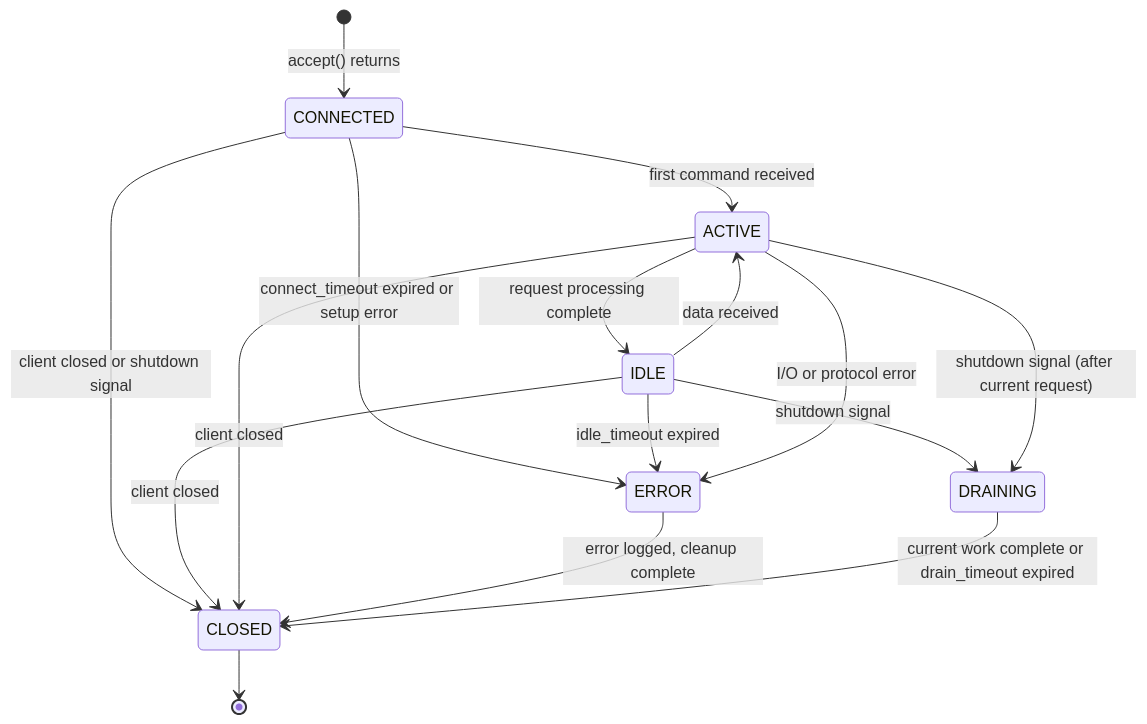
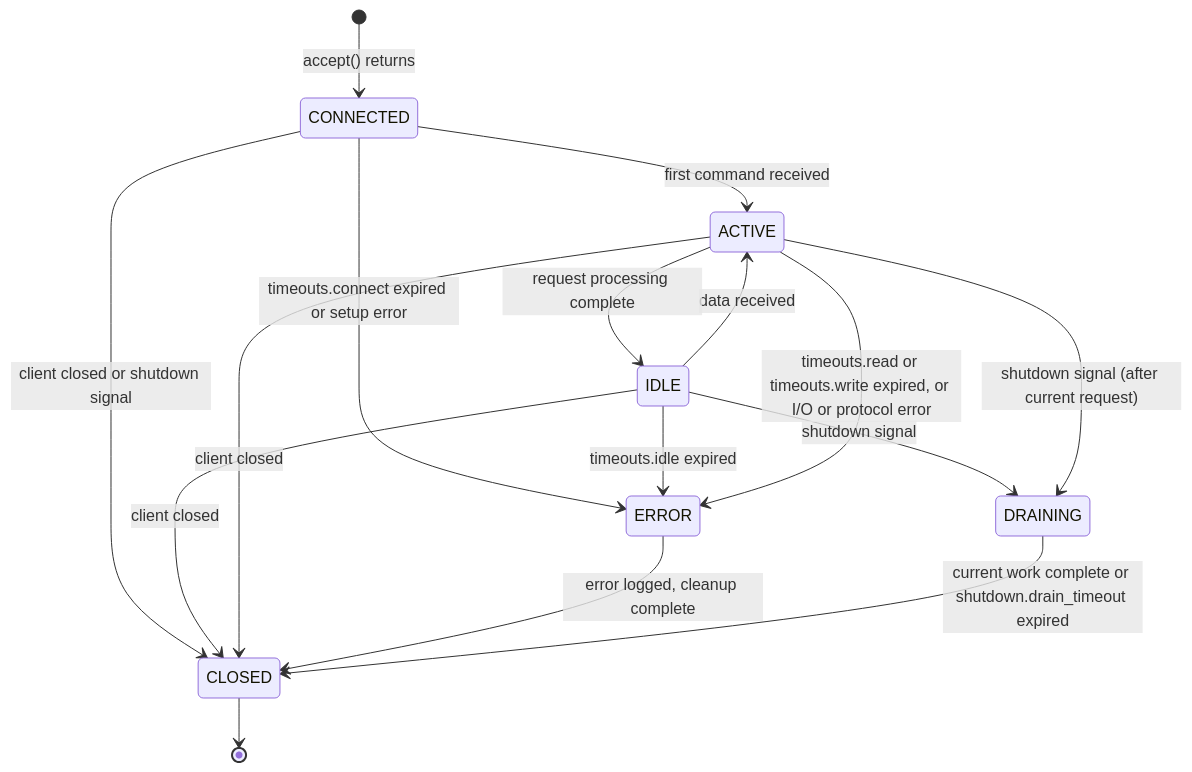
The second of 3 diagrams in docs/reference/tcp-server.md (photom/rust-milter), drawn with Mermaid before and after one commit. The commit also changed other lines of this file and 41 other files, not shown here.

````diff
--- a/docs/reference/tcp-server.md
+++ b/docs/reference/tcp-server.md
@@ -161,18 +161,18 @@
 ```mermaid
 stateDiagram-v2
     [*] --> CONNECTED: accept() returns
     CONNECTED --> ACTIVE: first command received
-    CONNECTED --> ERROR: connect_timeout expired or setup error
+    CONNECTED --> ERROR: timeouts.connect expired or setup error
     CONNECTED --> CLOSED: client closed or shutdown signal
     IDLE --> ACTIVE: data received
     ACTIVE --> IDLE: request processing complete
-    IDLE --> ERROR: idle_timeout expired
-    ACTIVE --> ERROR: I/O or protocol error
+    IDLE --> ERROR: timeouts.idle expired
+    ACTIVE --> ERROR: timeouts.read or timeouts.write expired, or I/O or protocol error
     IDLE --> DRAINING: shutdown signal
     ACTIVE --> DRAINING: shutdown signal (after current request)
     IDLE --> CLOSED: client closed
     ACTIVE --> CLOSED: client closed
     ERROR --> CLOSED: error logged, cleanup complete
-    DRAINING --> CLOSED: current work complete or drain_timeout expired
+    DRAINING --> CLOSED: current work complete or shutdown.drain_timeout expired
     CLOSED --> [*]
 ```
````
